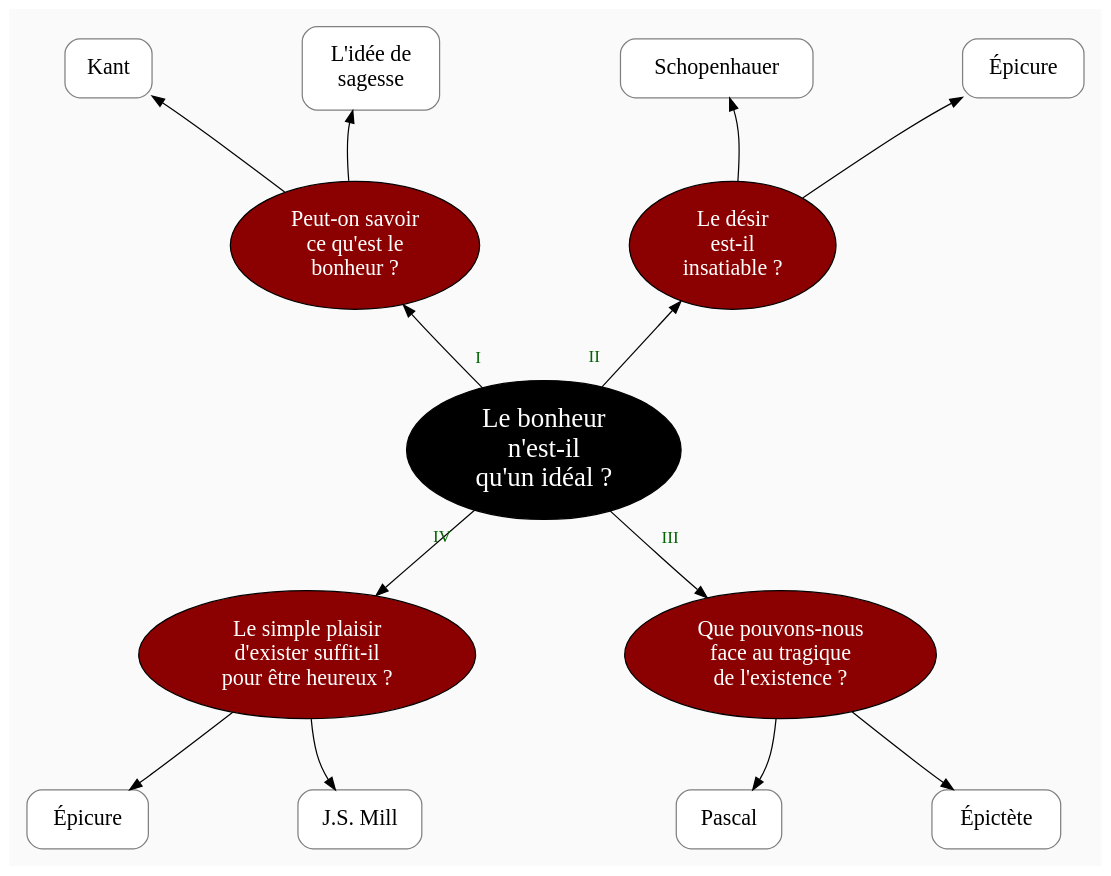
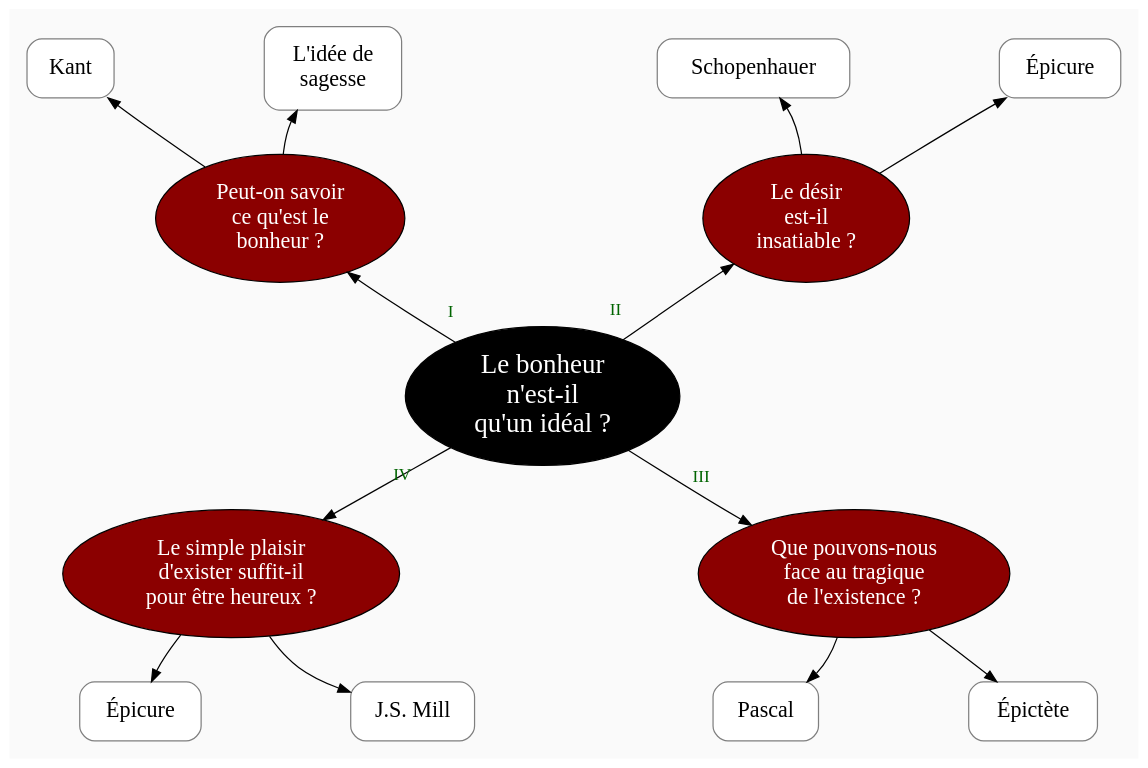
One commit to eyssette/graphviz-examples changed the diagram in plans/test-plan-2.dot. Above: the diagram before and after it, drawn with Graphviz. The commit also changed 1 other file, not shown here.

```diff
--- a/plans/test-plan-2.dot
+++ b/plans/test-plan-2.dot
@@ -1,69 +1,61 @@
 digraph G {
 pad=0.2
 splines=curved
 nodesep=1.7
-ranksep=0.8
+ranksep=0.5
 bgcolor=grey98
 
 node[style=filled, fontcolor=white, fillcolor=black]
 N[label="Le bonheur
 n'est-il
 qu'un idéal ?", fontsize=22]
 
 node[style="rounded, filled", shape=oval, margin=0.1, fillcolor=red4, penwidth=1, fontsize=18, fontcolor=white]
 a->N[dir=back,headlabel=<<FONT color="darkgreen">I<BR/><BR/></FONT>>]
-c->N[dir=back,headlabel=<<FONT color="darkgreen">II<BR/><BR/></FONT>>]
-N->b[taillabel=<<FONT color="darkgreen"><BR/>            III</FONT>>]
-N->d[taillabel=<<FONT color="darkgreen"><BR/>IV    </FONT>>]
-
-
-{rank=same
-a->c[style=invis]
-}
-
-{rank=same
-d->b[style=invis]
-}
-
-
-// edge[style=invis]
+b->N[dir=back,headlabel=<<FONT color="darkgreen">II<BR/><BR/></FONT>>]
+N->c[taillabel=<<FONT color="darkgreen"><BR/>               III</FONT>>]
+N->d[taillabel=<<FONT color="darkgreen"><BR/>IV       </FONT>>]
 
 
 
 a[label="Peut-on savoir
 ce qu'est le
 bonheur ?"]
-c[label="Le désir
+b[label="Le désir
 est-il
 insatiable ?"]
-b[label="Que pouvons-nous
+c[label="Que pouvons-nous
 face au tragique
 de l'existence ?"]
 d[label="Le simple plaisir
 d'exister suffit-il
 pour être heureux ?"]
 
 
+{rank=same;a->b[minlen=2,style=invis]}
+{rank=same;d->c[minlen=2,style=invis]}
+
+
 node [shape=box,style="filled,rounded",fillcolor=white,fontcolor=black,color=grey50, margin=0.2]
 
 a1->a[dir=back]
 a2->a[dir=back]
-c1->c[dir=back]
-c2->c[dir=back]
-b->b1
-b->b2
+b1->b[dir=back]
+b2->b[dir=back]
+c->c1
+c->c2
 d->d1
 d->d2
 
 
 a1[label="Kant"]
 a2[label="L'idée de
 sagesse"]
-b1[label="Pascal"]
-b2[label="Épictète"]
-c1[label="Schopenhauer"]
-c2[label="Épicure"]
+b1[label="Schopenhauer"]
+b2[label="Épicure"]
+c1[label="Pascal"]
+c2[label="Épictète"]
 d1[label="Épicure"]
 d2[label="J.S. Mill"]
 
 }
```
